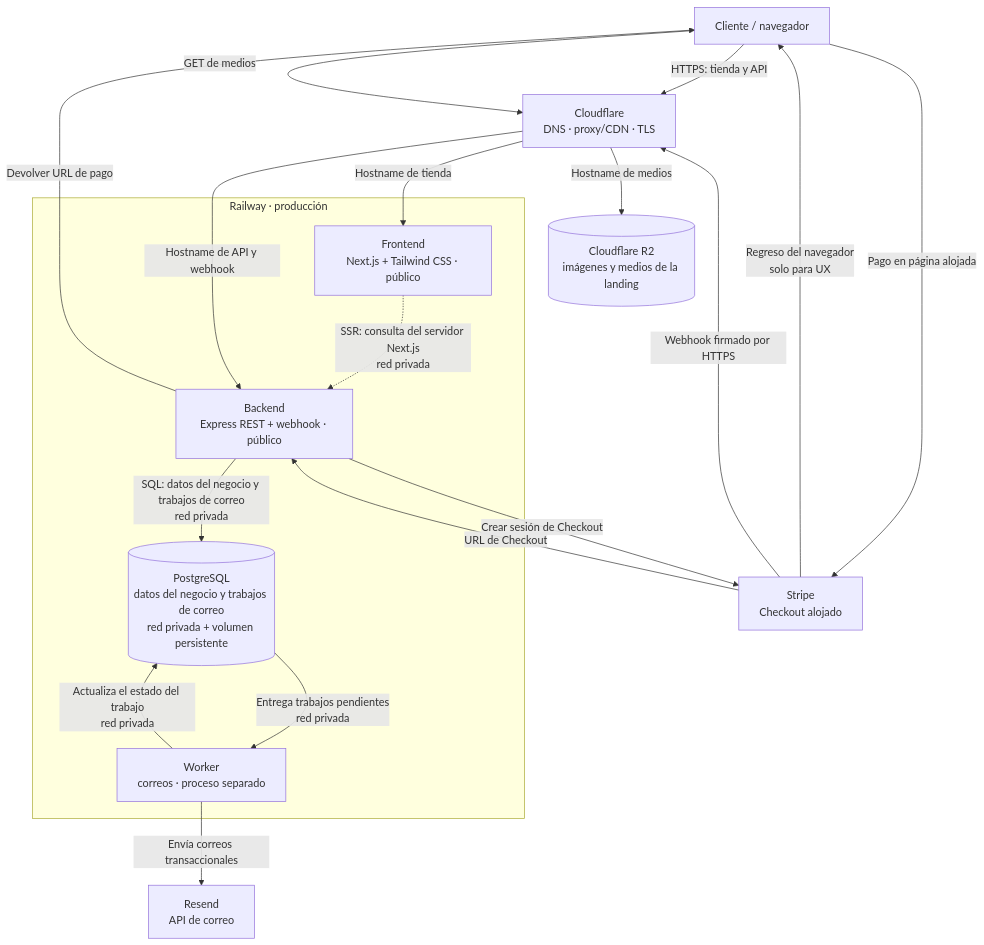
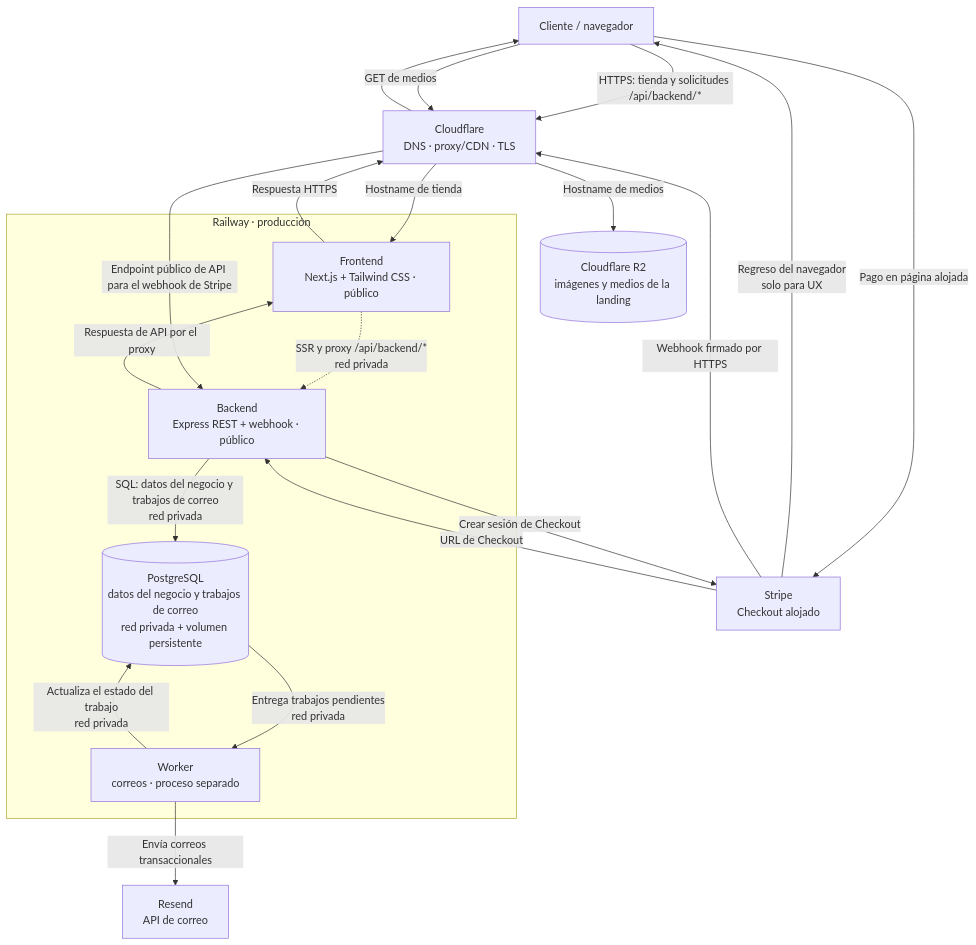
Before and after one commit to sadamlg/sr_del_mictlan_mezcal: the first of 3 diagrams in README.md, drawn with Mermaid. The commit also changed other lines of this file and 1 other file, not shown here.

Commit message:
docs: clarify production API proxy and session planning

````diff
--- a/README.md
+++ b/README.md
@@ -29,36 +31,38 @@
 ```mermaid
 flowchart TB
     browser["Cliente / navegador"]
     cf["Cloudflare<br/>DNS · proxy/CDN · TLS"]
     stripe["Stripe<br/>Checkout alojado"]
     resend["Resend<br/>API de correo"]
     r2[("Cloudflare R2<br/>imágenes y medios de la landing")]
 
     subgraph railway["Railway · producción"]
         web["Frontend<br/>Next.js + Tailwind CSS · público"]
         api["Backend<br/>Express REST + webhook · público"]
         pg[("PostgreSQL<br/>datos del negocio y trabajos de correo<br/>red privada + volumen persistente")]
         worker["Worker<br/>correos · proceso separado"]
 
-        web -.->|"SSR: consulta del servidor Next.js<br/>red privada"| api
+        web -.->|"SSR y proxy /api/backend/*<br/>red privada"| api
         api -->|"SQL: datos del negocio y trabajos de correo<br/>red privada"| pg
         pg -->|"Entrega trabajos pendientes<br/>red privada"| worker
         worker -->|"Actualiza el estado del trabajo<br/>red privada"| pg
     end
 
-    browser -->|"HTTPS: tienda y API"| cf
+    browser -->|"HTTPS: tienda y solicitudes /api/backend/*"| cf
     cf -->|"Hostname de tienda"| web
-    cf -->|"Hostname de API y webhook"| api
+    cf -->|"Endpoint público de API para el webhook de Stripe"| api
 
     api -->|"Crear sesión de Checkout"| stripe
     stripe -->|"URL de Checkout"| api
-    api -->|"Devolver URL de pago"| browser
+    api -->|"Respuesta de API por el proxy"| web
+    web -->|"Respuesta HTTPS"| cf
+    cf --> browser
     browser -->|"Pago en página alojada"| stripe
     stripe -->|"Regreso del navegador<br/>solo para UX"| browser
     stripe -->|"Webhook firmado por HTTPS"| cf
 
     worker -->|"Envía correos transaccionales"| resend
 
     browser -->|"GET de medios"| cf
     cf -->|"Hostname de medios"| r2
 ```
````
